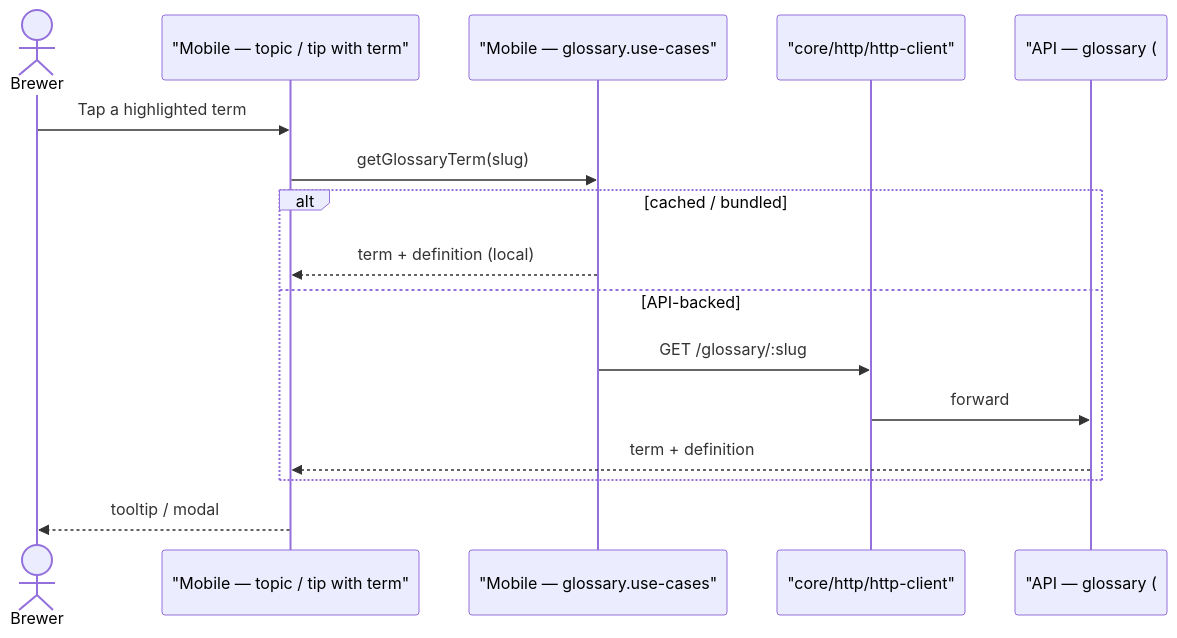
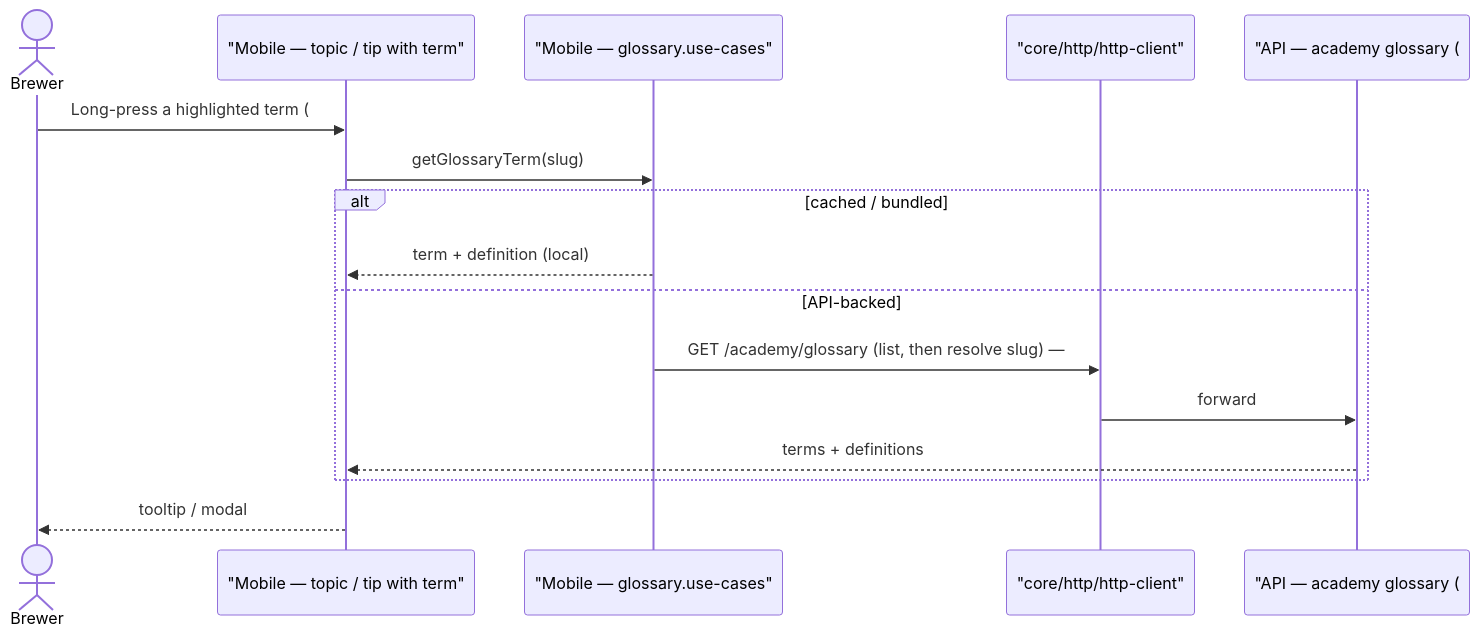
One commit to benoit-bremaud/brasse-bouillon changed the second of 2 diagrams in docs/architecture/diagrams/tools-academy/02-sequence-calculator.md. Above: the diagram before and after it, drawn with Mermaid. The commit also changed 2 other files, not shown here.

Commit message:
docs(tools-academy): address Copilot review — match real types
- AcademyTopic: slug/title/status/mascotVariant/mascotAlt/calculatorDescription/
  calculatorOrder (no 'calculator' field — links by slug convention).
- AcademyTopicStatus literals ready/coming-soon noted (enum shows coming_soon to
  avoid the Mermaid hyphen).
- WaterStylePreset: real fields (id/name/description/ca/mg/na/so4/cl/hco3).
- glossary sequence: long-press (#783) + GET /academy/glossary list (#914).
- use-case header: glossaire topic is still coming-soon.

````diff
--- a/docs/architecture/diagrams/tools-academy/02-sequence-calculator.md
+++ b/docs/architecture/diagrams/tools-academy/02-sequence-calculator.md
@@ -31,19 +31,19 @@
 ```mermaid
 sequenceDiagram
   actor B as Brewer
   participant S as "Mobile — topic / tip with term"
   participant UC as "Mobile — glossary.use-cases"
   participant HTTP as "core/http/http-client"
-  participant API as "API — glossary (#914)"
+  participant API as "API — academy glossary (#914)"
 
-  B->>S: Tap a highlighted term
+  B->>S: Long-press a highlighted term (#783)
   S->>UC: getGlossaryTerm(slug)
   alt cached / bundled
     UC-->>S: term + definition (local)
   else API-backed
-    UC->>HTTP: GET /glossary/:slug
+    UC->>HTTP: GET /academy/glossary (list, then resolve slug) — #914
     HTTP->>API: forward
-    API-->>S: term + definition
+    API-->>S: terms + definitions
   end
   S-->>B: tooltip / modal
 ```
````
